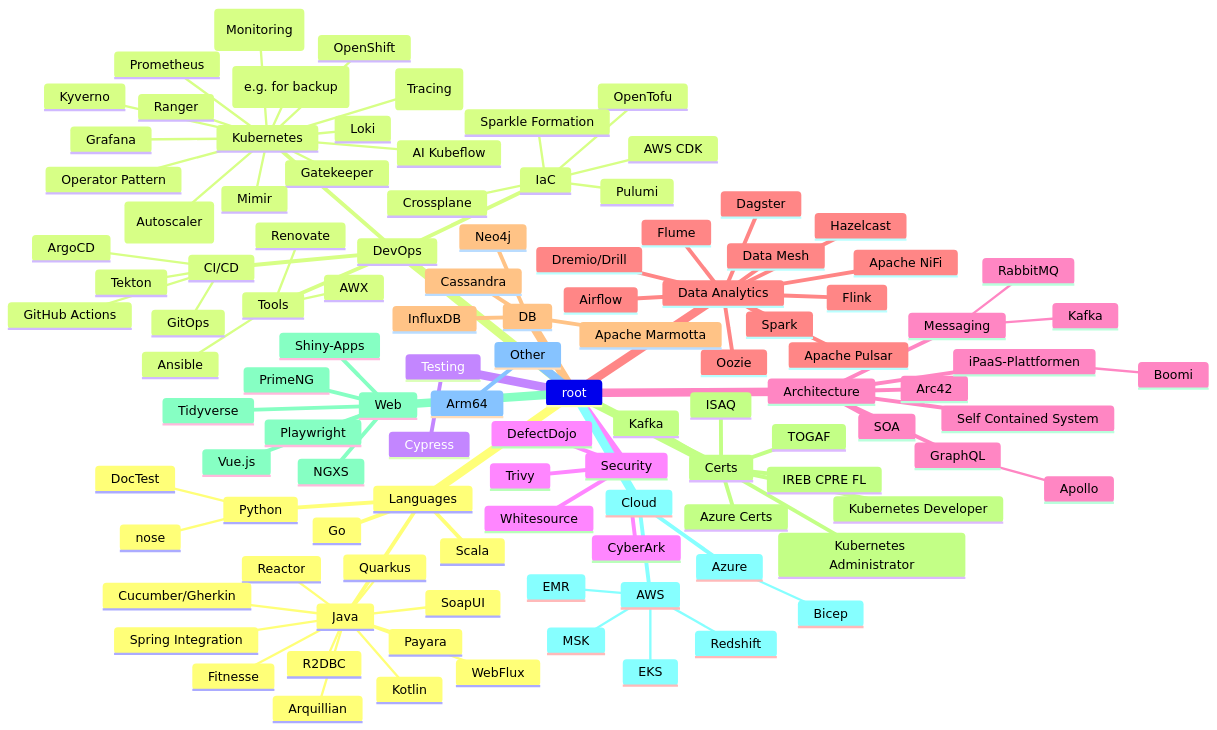
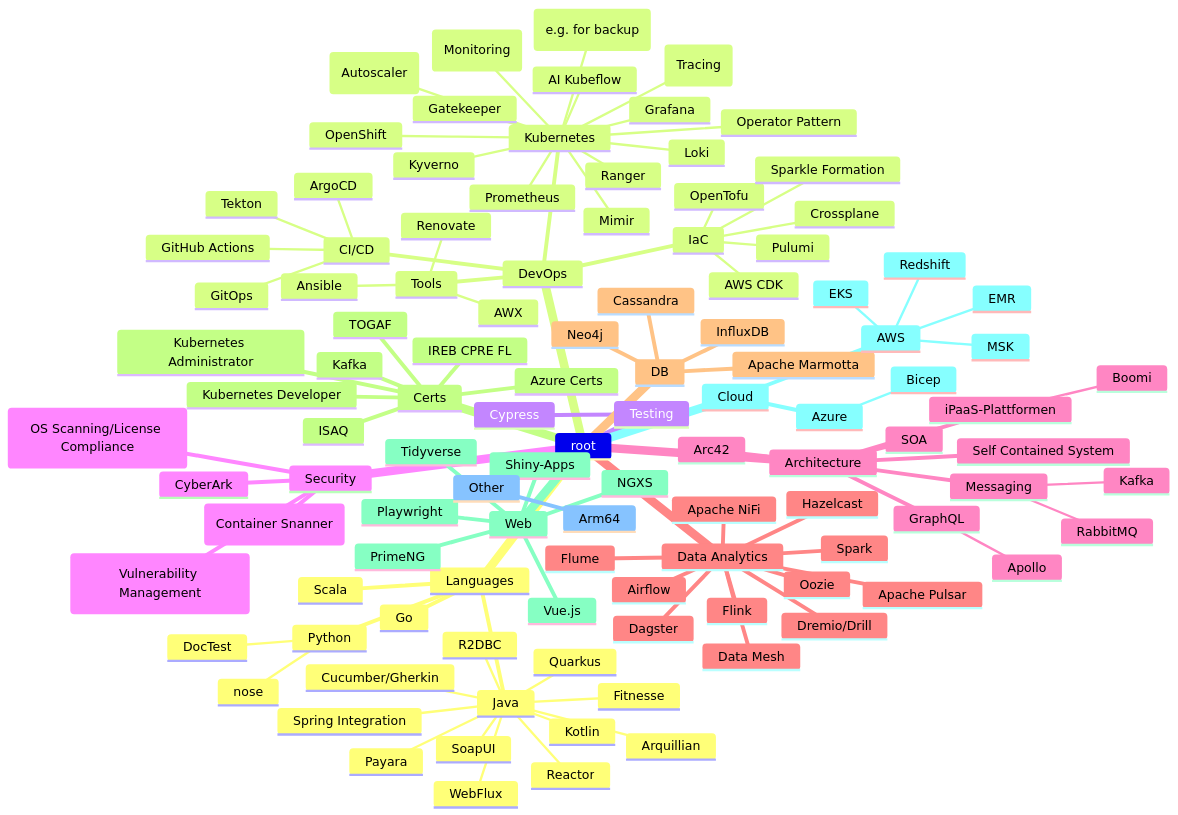
The diagram in trends_cheatsheet.md (thinkaboutcode/knowledge-base), drawn with Mermaid before and after one commit. The commit also changed 1 other file, not shown here.

Commit message:
added cheatsheet for security scanner

```diff
--- a/trends_cheatsheet.md
+++ b/trends_cheatsheet.md
@@ -55,9 +55,9 @@
     Testing
       Cypress
     Security
-      Whitesource
-      Trivy
-      DefectDojo
+      Whitesource (OS Scanning/License Compliance)
+      Trivy (Container Snanner)
+      DefectDojo (Vulnerability Management)
       CyberArk
     Architecture
       SOA
```
